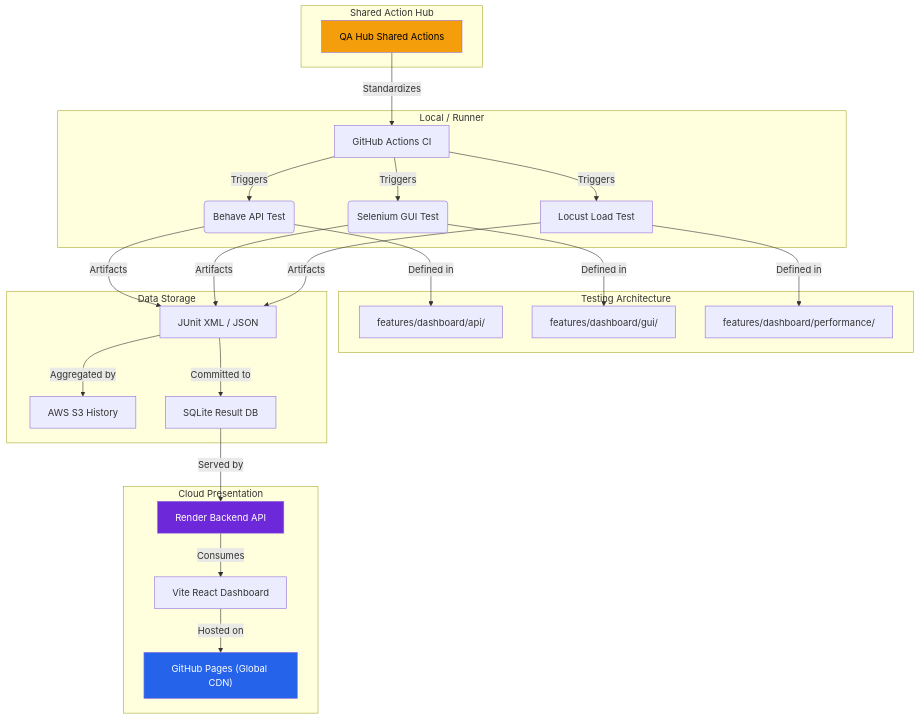
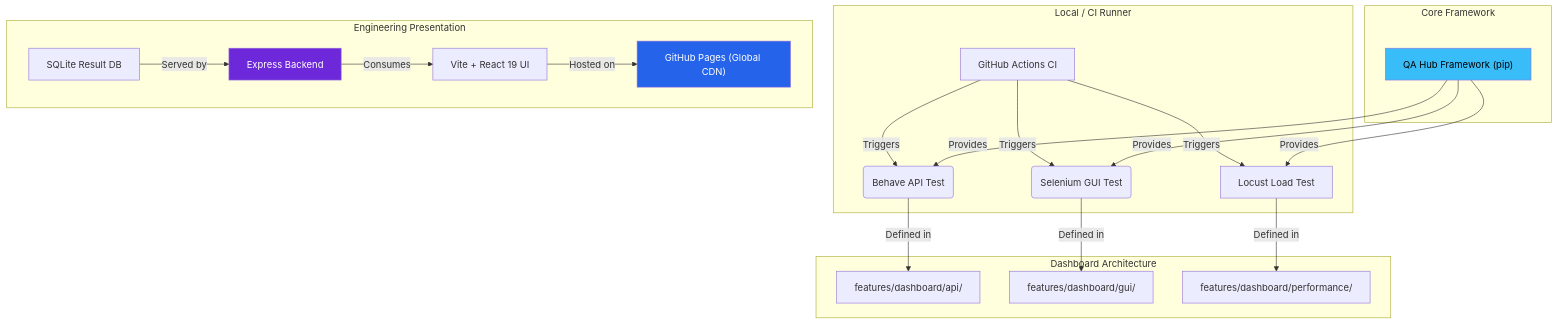
The diagram in README.md (carlos-camara/dashboard), drawn with Mermaid before and after one commit. The commit also changed other lines of this file and 12 other files, not shown here.

````diff
--- a/README.md
+++ b/README.md
@@ -74,34 +80,28 @@
 ```mermaid
 graph TD
-    subgraph "Local / Runner"
+    subgraph "Local / CI Runner"
         A["GitHub Actions CI"] -->|Triggers| B("Behave API Test")
         A -->|Triggers| C("Selenium GUI Test")
         A -->|Triggers| L["Locust Load Test"]
     end
 
-    subgraph "Testing Architecture"
+    subgraph "Core Framework"
+        FW["QA Hub Framework (pip)"] -->|Provides| B & C & L
+    end
+
+    subgraph "Dashboard Architecture"
         B -->|Defined in| B_PATH["features/dashboard/api/"]
         C -->|Defined in| C_PATH["features/dashboard/gui/"]
         L -->|Defined in| L_PATH["features/dashboard/performance/"]
     end
 
-    subgraph "Shared Action Hub"
-        D["QA Hub Shared Actions"] -->|Standardizes| A
-    end
-
-    subgraph "Data Storage"
-        B & C & L -->|Artifacts| E["JUnit XML / JSON"]
-        E -->|Aggregated by| S3["AWS S3 History"]
-        E -->|Committed to| DB["SQLite Result DB"]
-    end
-
-    subgraph "Cloud Presentation"
-        DB -->|Served by| G["Render Backend API"]
-        G -->|Consumes| H["Vite React Dashboard"]
+    subgraph "Engineering Presentation"
+        DB["SQLite Result DB"] -->|Served by| G["Express Backend"]
+        G -->|Consumes| H["Vite + React 19 UI"]
         H -->|Hosted on| P["GitHub Pages (Global CDN)"]
     end
     
     style G fill:#6d28d9,color:#fff
     style P fill:#2563eb,color:#fff
-    style D fill:#f59e0b,color:#000
+    style FW fill:#38bdf8,color:#000
 ```
````
